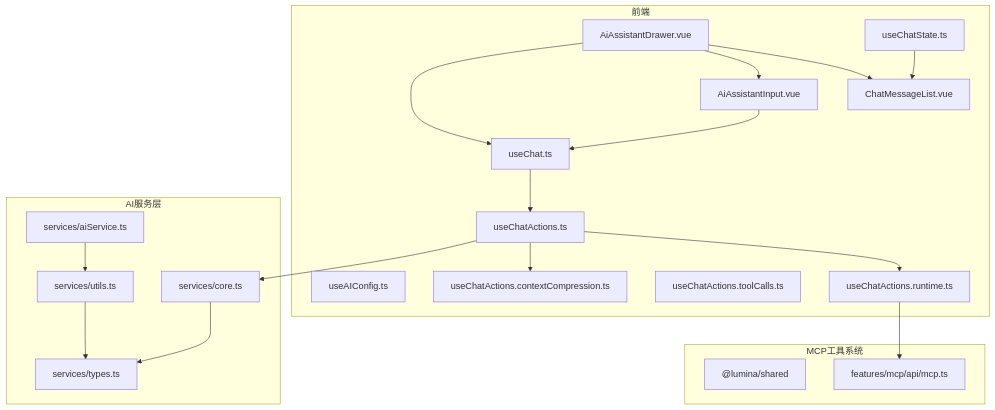
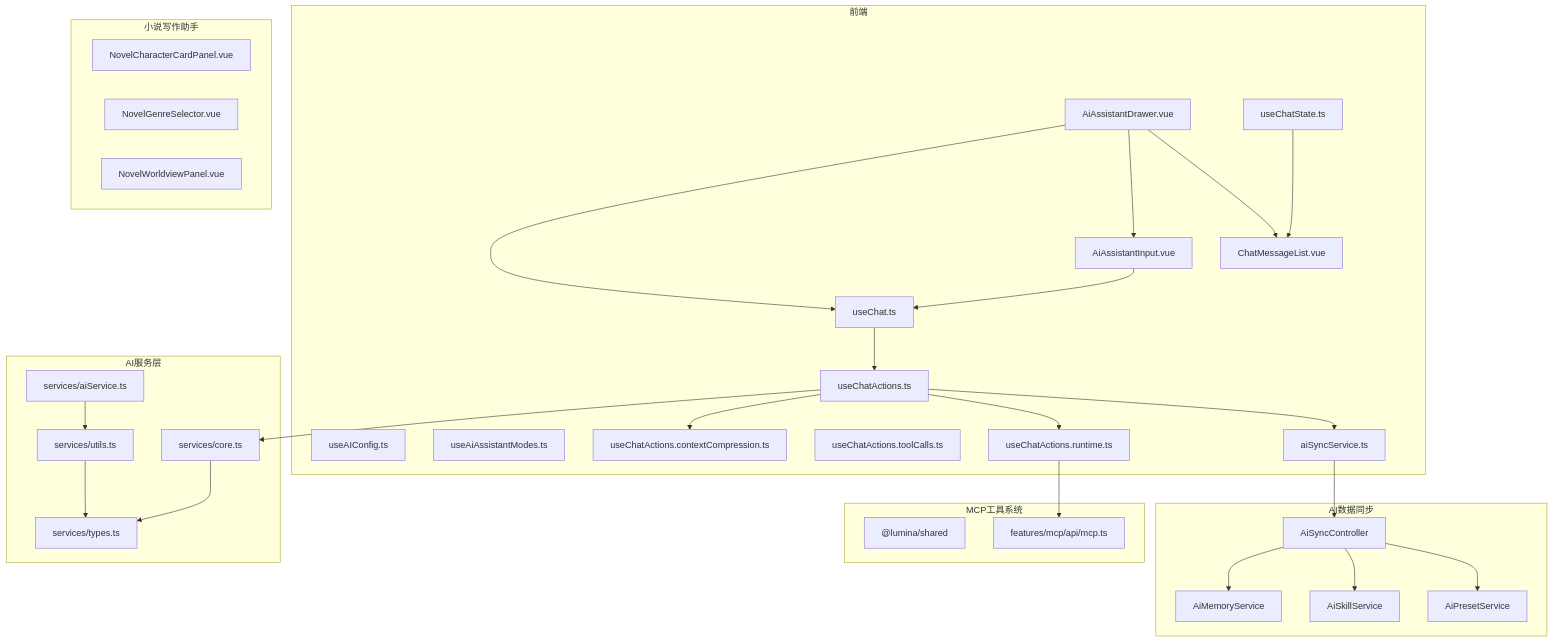
Before and after one commit to xixixiaoyu/Todo: the first of 12 diagrams in .qoder/repowiki/zh/content/核心模块/AI助手系统/AI助手系统.md, drawn with Mermaid. The commit also changed other lines of this file and 12 other files, not shown here.

````diff
--- a/.qoder/repowiki/zh/content/核心模块/AI助手系统/AI助手系统.md
+++ b/.qoder/repowiki/zh/content/核心模块/AI助手系统/AI助手系统.md
@@ -46,38 +69,56 @@
 ```mermaid
 graph TB
 subgraph "前端"
 Drawer["AiAssistantDrawer.vue"]
 Input["AiAssistantInput.vue"]
 MsgList["ChatMessageList.vue"]
 ChatState["useChatState.ts"]
 Chat["useChat.ts"]
 Actions["useChatActions.ts"]
 Config["useAIConfig.ts"]
+Modes["useAiAssistantModes.ts"]
 CtxComp["useChatActions.contextCompression.ts"]
 Tools["useChatActions.toolCalls.ts"]
 Runtime["useChatActions.runtime.ts"]
+Sync["aiSyncService.ts"]
 end
 subgraph "AI服务层"
 Core["services/core.ts"]
 Types["services/types.ts"]
 Utils["services/utils.ts"]
 Entry["services/aiService.ts"]
 end
 subgraph "MCP工具系统"
 MCPPkg["@lumina/shared"]
 MCPAPI["features/mcp/api/mcp.ts"]
 end
+subgraph "AI数据同步"
+SyncCtrl["AiSyncController"]
+SyncMem["AiMemoryService"]
+SyncSkill["AiSkillService"]
+SyncPreset["AiPresetService"]
+end
+subgraph "小说写作助手"
+CharPanel["NovelCharacterCardPanel.vue"]
+GenreSelector["NovelGenreSelector.vue"]
+WorldviewPanel["NovelWorldviewPanel.vue"]
+end
 Drawer --> Chat
 Chat --> Actions
 Actions --> Core
 Actions --> CtxComp
 Actions --> Runtime
+Actions --> Sync
 Runtime --> MCPAPI
 Core --> Types
 Utils --> Types
 Entry --> Utils
 ChatState --> MsgList
 Input --> Chat
 Drawer --> Input
 Drawer --> MsgList
+Sync --> SyncCtrl
+SyncCtrl --> SyncMem
+SyncCtrl --> SyncSkill
+SyncCtrl --> SyncPreset
 ```
````
